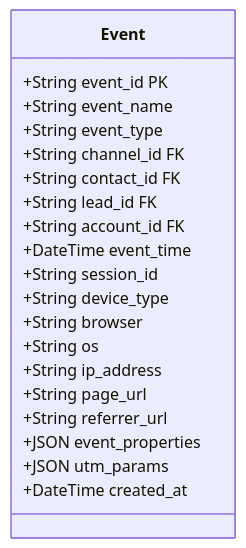
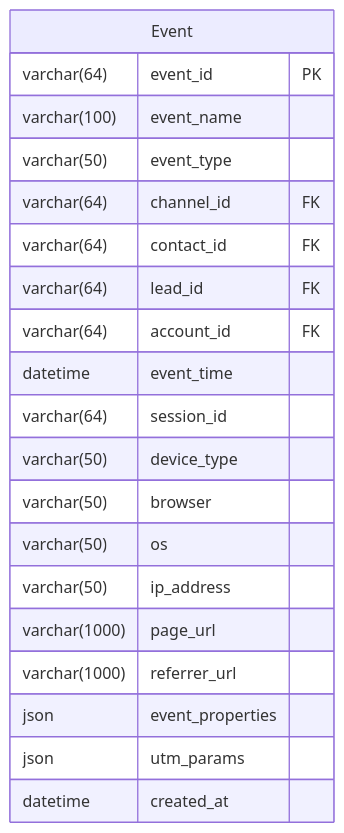
One commit to 312268112/advanced-java changed the ninth of 26 diagrams in docs/b2b-cdp-entity-design.md. Above: the diagram before and after it, drawn with Mermaid. The commit also changed other lines of this file, not shown here.

````diff
--- a/docs/b2b-cdp-entity-design.md
+++ b/docs/b2b-cdp-entity-design.md
@@ -496,23 +593,23 @@
 ```mermaid
-classDiagram
-    class Event {
-        +String event_id PK
-        +String event_name
-        +String event_type
-        +String channel_id FK
-        +String contact_id FK
-        +String lead_id FK
-        +String account_id FK
-        +DateTime event_time
-        +String session_id
-        +String device_type
-        +String browser
-        +String os
-        +String ip_address
-        +String page_url
-        +String referrer_url
-        +JSON event_properties
-        +JSON utm_params
-        +DateTime created_at
+erDiagram
+    Event {
+        varchar(64) event_id PK
+        varchar(100) event_name
+        varchar(50) event_type
+        varchar(64) channel_id FK
+        varchar(64) contact_id FK
+        varchar(64) lead_id FK
+        varchar(64) account_id FK
+        datetime event_time
+        varchar(64) session_id
+        varchar(50) device_type
+        varchar(50) browser
+        varchar(50) os
+        varchar(50) ip_address
+        varchar(1000) page_url
+        varchar(1000) referrer_url
+        json event_properties
+        json utm_params
+        datetime created_at
     }
 ```
````
